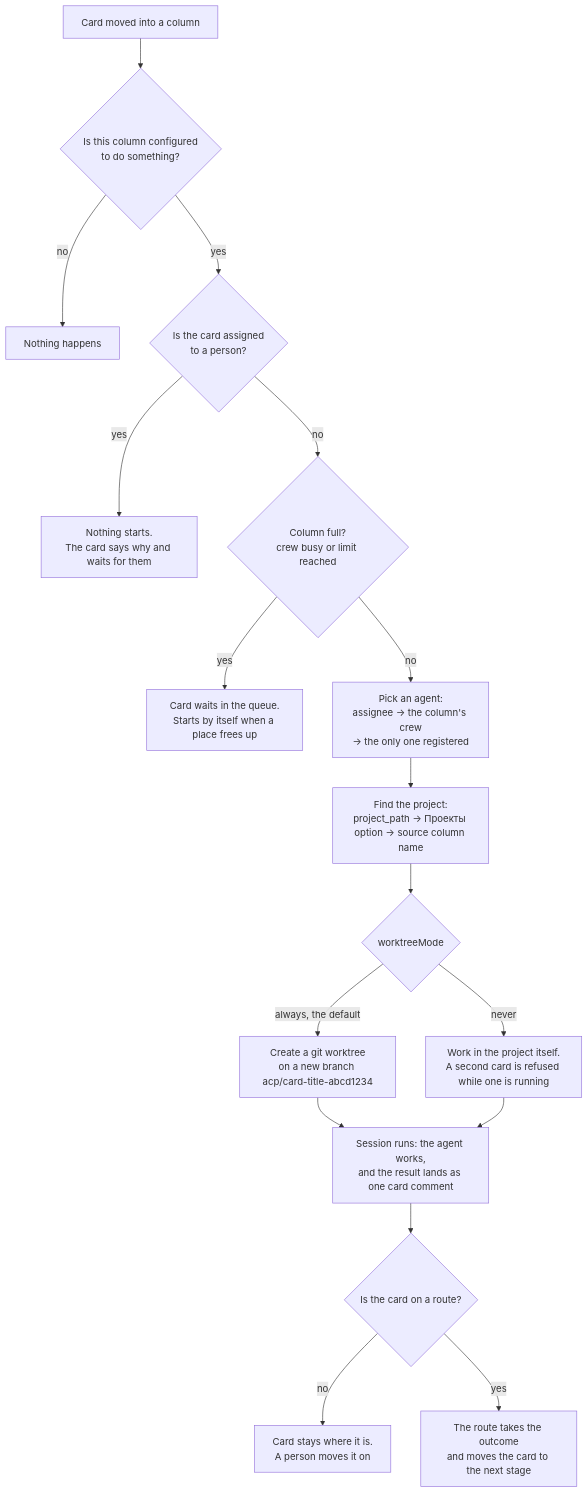
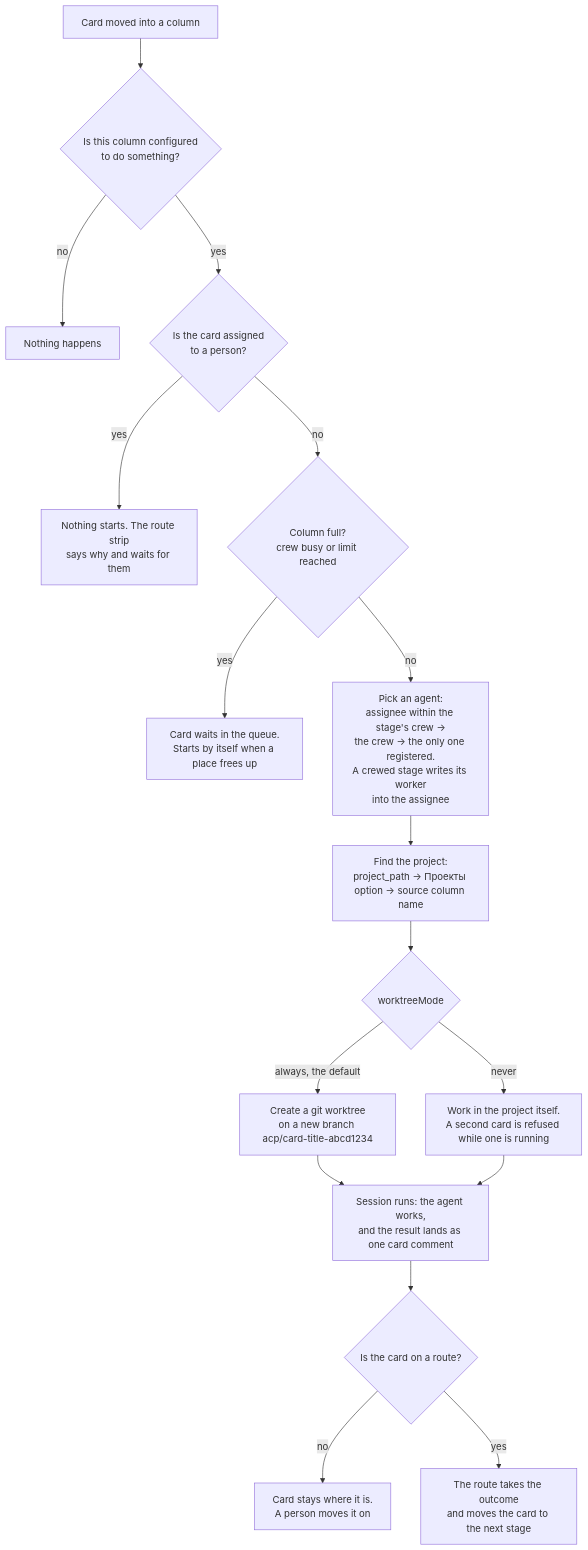
One commit to artipop/xciii changed the first of 5 diagrams in docs/flows.md. Above: the diagram before and after it, drawn with Mermaid. The commit also changed other lines of this file and 2 other files, not shown here.

````diff
--- a/docs/flows.md
+++ b/docs/flows.md
@@ -158,19 +158,19 @@
 ```mermaid
 flowchart TD
     A["Card moved into a column"] --> B{"Is this column configured<br/>to do something?"}
     B -- no --> Z["Nothing happens"]
     B -- yes --> C{"Is the card assigned<br/>to a person?"}
-    C -- yes --> Z2["Nothing starts.<br/>The card says why and waits for them"]
+    C -- yes --> Z2["Nothing starts. The route strip<br/>says why and waits for them"]
     C -- no --> D{"Column full?<br/>crew busy or limit reached"}
     D -- yes --> Q["Card waits in the queue.<br/>Starts by itself when a place frees up"]
-    D -- no --> E["Pick an agent:<br/>assignee → the column's crew<br/>→ the only one registered"]
+    D -- no --> E["Pick an agent:<br/>assignee within the stage's crew →<br/>the crew → the only one registered.<br/>A crewed stage writes its worker<br/>into the assignee"]
     E --> F["Find the project:<br/>project_path → Проекты option → source column name"]
     F --> G{"worktreeMode"}
     G -- always, the default --> H["Create a git worktree<br/>on a new branch acp/card-title-abcd1234"]
     G -- never --> I["Work in the project itself.<br/>A second card is refused while one is running"]
     H --> J["Session runs: the agent works,<br/>and the result lands as one card comment"]
     I --> J
     J --> K{"Is the card on a route?"}
     K -- no --> L["Card stays where it is.<br/>A person moves it on"]
     K -- yes --> M["The route takes the outcome<br/>and moves the card to the next stage"]
 ```
````
